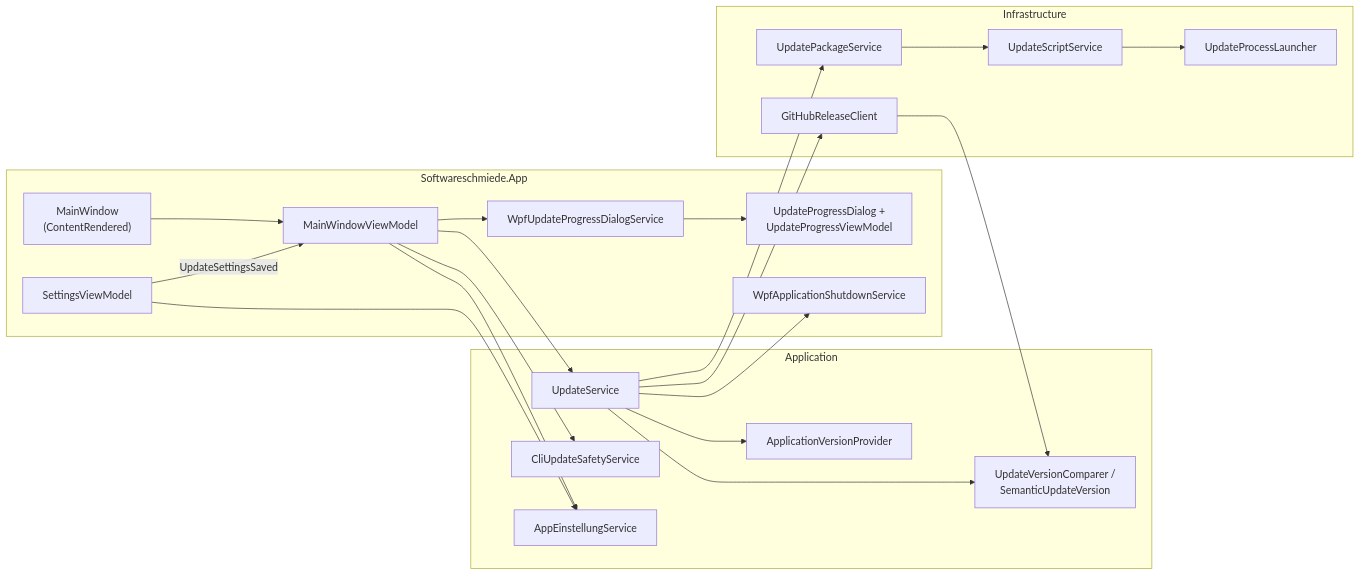
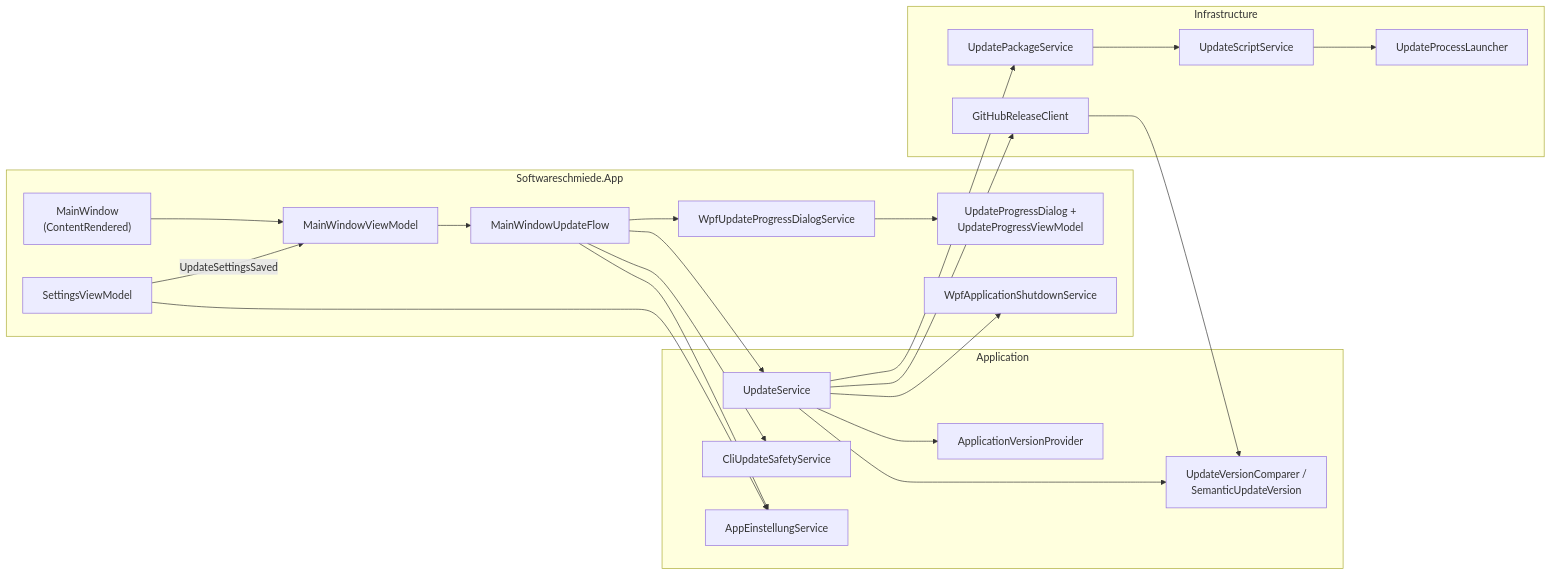
The diagram in docs/help/programmupdate/architektur.md (martin-stromberg/Softwareschmiede), drawn with Mermaid before and after one commit. The commit also changed other lines of this file and 35 other files, not shown here.

````diff
--- a/docs/help/programmupdate/architektur.md
+++ b/docs/help/programmupdate/architektur.md
@@ -9,41 +9,43 @@
 ```mermaid
 flowchart LR
     subgraph App["Softwareschmiede.App"]
         MW["MainWindow<br/>(ContentRendered)"]
         MWVM["MainWindowViewModel"]
+        MUF["MainWindowUpdateFlow"]
         SVM["SettingsViewModel"]
         UPD["UpdateProgressDialog +<br/>UpdateProgressViewModel"]
         WDS["WpfUpdateProgressDialogService"]
         SDS["WpfApplicationShutdownService"]
     end
 
     subgraph Application["Application"]
         US["UpdateService"]
         AVP["ApplicationVersionProvider"]
         CS["CliUpdateSafetyService"]
         VC["UpdateVersionComparer /<br/>SemanticUpdateVersion"]
         AES["AppEinstellungService"]
     end
 
     subgraph Infrastructure["Infrastructure"]
         GRC["GitHubReleaseClient"]
         UPS["UpdatePackageService"]
         USS["UpdateScriptService"]
         UPL["UpdateProcessLauncher"]
     end
 
     MW --> MWVM
     SVM -- "UpdateSettingsSaved" --> MWVM
-    MWVM --> US
-    MWVM --> CS
-    MWVM --> WDS --> UPD
-    MWVM --> AES
+    MWVM --> MUF
+    MUF --> US
+    MUF --> CS
+    MUF --> WDS --> UPD
+    MUF --> AES
     SVM --> AES
     US --> AVP
     US --> GRC
     US --> UPS --> USS
     US --> SDS
     USS --> UPL
     US --> VC
     GRC --> VC
 ```
````
